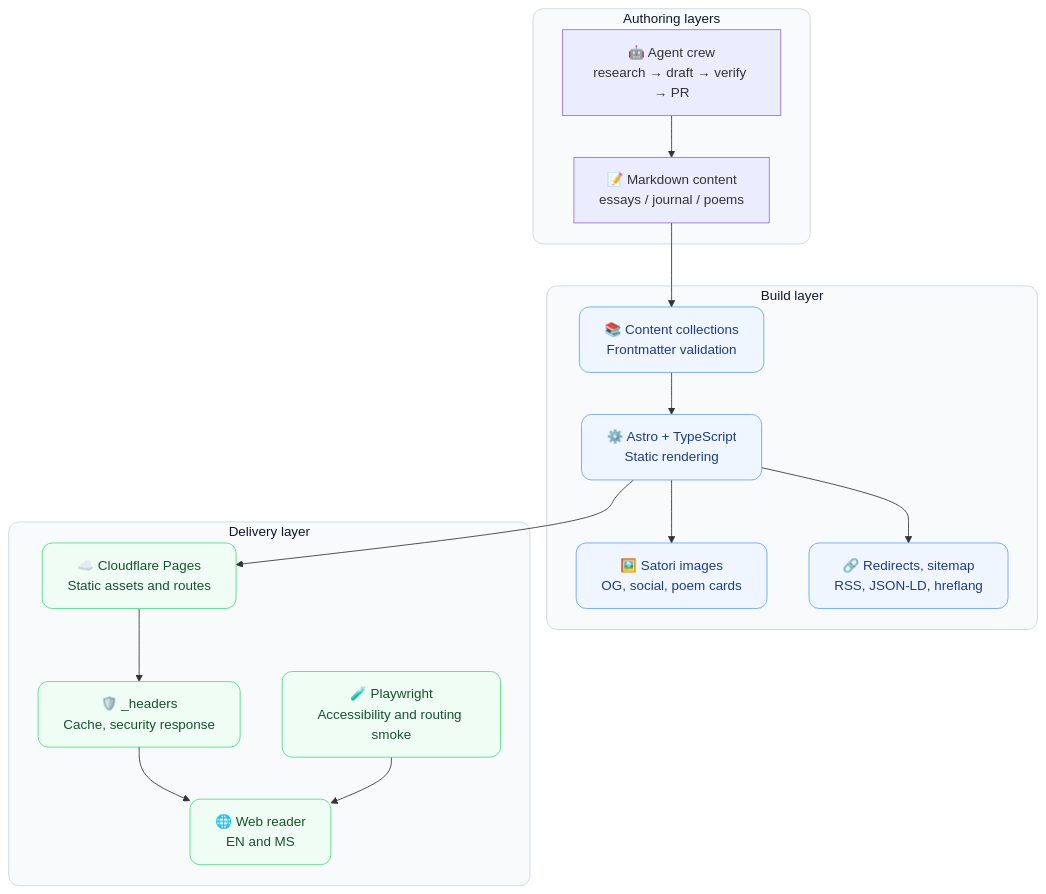
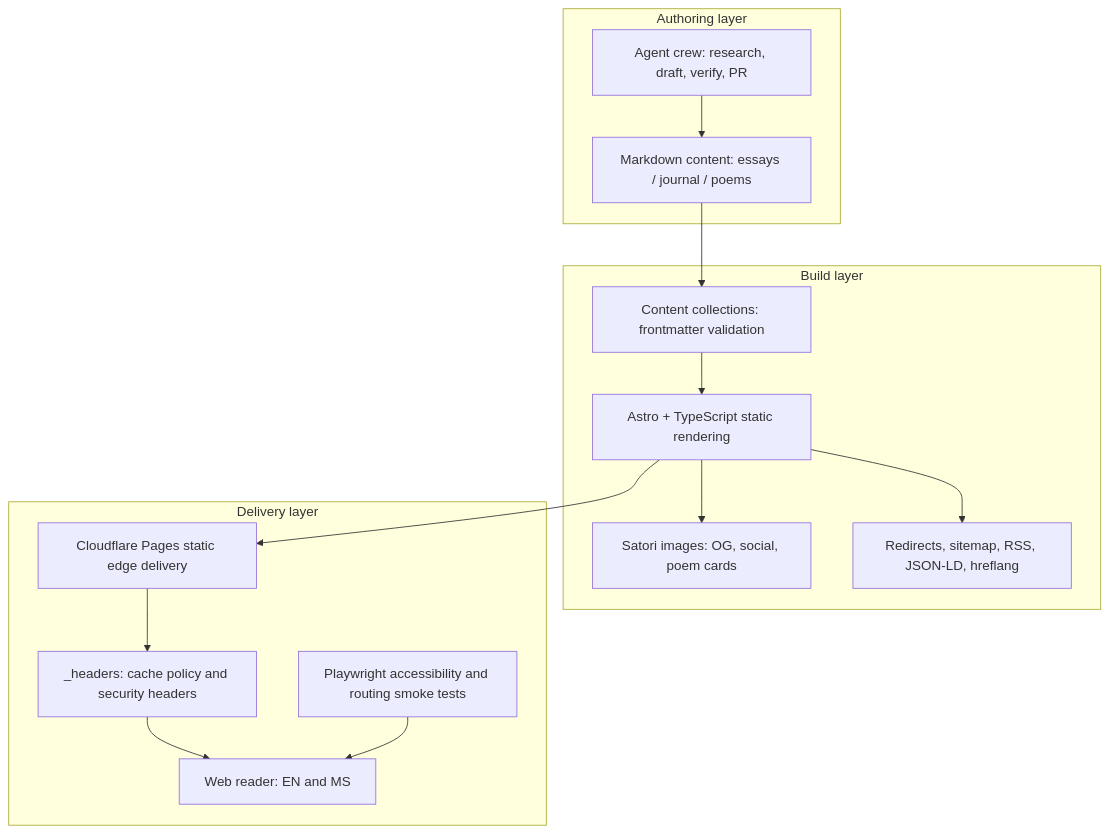
The diagram in README.md (arifbazli/cyber-pujangga), drawn with Mermaid before and after one commit.

Commit message:
docs: render-safe ASCII Mermaid architecture diagram

````diff
--- a/README.md
+++ b/README.md
@@ -14,39 +14,35 @@
 ```mermaid
 flowchart TB
-    classDef layer fill:#f8fafc,stroke:#cbd5e1,stroke-width:1px,color:#0f172a,rx:12px;
-    classDef core fill:#eff6ff,stroke:#60a5fa,color:#1e3a8a,rx:12px;
-    classDef edge fill:#f0fdf4,stroke:#4ade80,color:#14532d,rx:12px;
+    classDef layer fill:#f8fafc,stroke:#cbd5e1,stroke-width:1px,color:#0f172a,rx:14px;
+    classDef core fill:#eff6ff,stroke:#60a5fa,stroke-width:2px,color:#1e3a8a,rx:14px;
+    classDef edge fill:#f0fdf4,stroke:#4ade80,stroke-width:2px,color:#14532d,rx:14px;
 
-    subgraph Authoring ["Authoring layers"]
-        Agent[🤖 Agent crew<br/>research → draft → verify → PR]
-        Sources[📝 Markdown content<br/>essays / journal / poems]
+    subgraph Authoring ["Authoring layer"]
+        Agent[Agent crew: research, draft, verify, PR]
+        Sources[Markdown content: essays / journal / poems]
     end
 
     subgraph Build ["Build layer"]
-        Collections[📚 Content collections<br/>Frontmatter validation]
-        Astro[⚙️ Astro + TypeScript<br/>Static rendering]
-        Assets[🖼️ Satori images<br/>OG, social, poem cards]
-        Metadata[🔗 Redirects, sitemap<br/>RSS, JSON-LD, hreflang]
+        Collections[Content collections: frontmatter validation]
+        Astro[Astro + TypeScript static rendering]
+        Assets[Satori images: OG, social, poem cards]
+        Metadata[Redirects, sitemap, RSS, JSON-LD, hreflang]
     end
 
     subgraph Delivery ["Delivery layer"]
-        Pages[☁️ Cloudflare Pages<br/>Static assets and routes]
-        Headers[🛡️ _headers<br/>Cache, security response]
-        Reader[🌐 Web reader<br/>EN and MS]
-        Smoke[🧪 Playwright<br/>Accessibility and routing smoke]
+        Pages[Cloudflare Pages static edge delivery]
+        Headers[_headers: cache policy and security headers]
+        Reader[Web reader: EN and MS]
+        Smoke[Playwright accessibility and routing smoke tests]
     end
 
     Agent --> Sources
     Sources --> Collections
     Collections --> Astro
     Astro --> Assets
     Astro --> Metadata
     Astro --> Pages
     Pages --> Headers
     Headers --> Reader
     Smoke --> Reader
-
-    class Authoring,Build,Delivery layer;
-    class Astro,Collections,Assets,Metadata core;
-    class Pages,Headers,Reader,Smoke edge;
 ```
````
